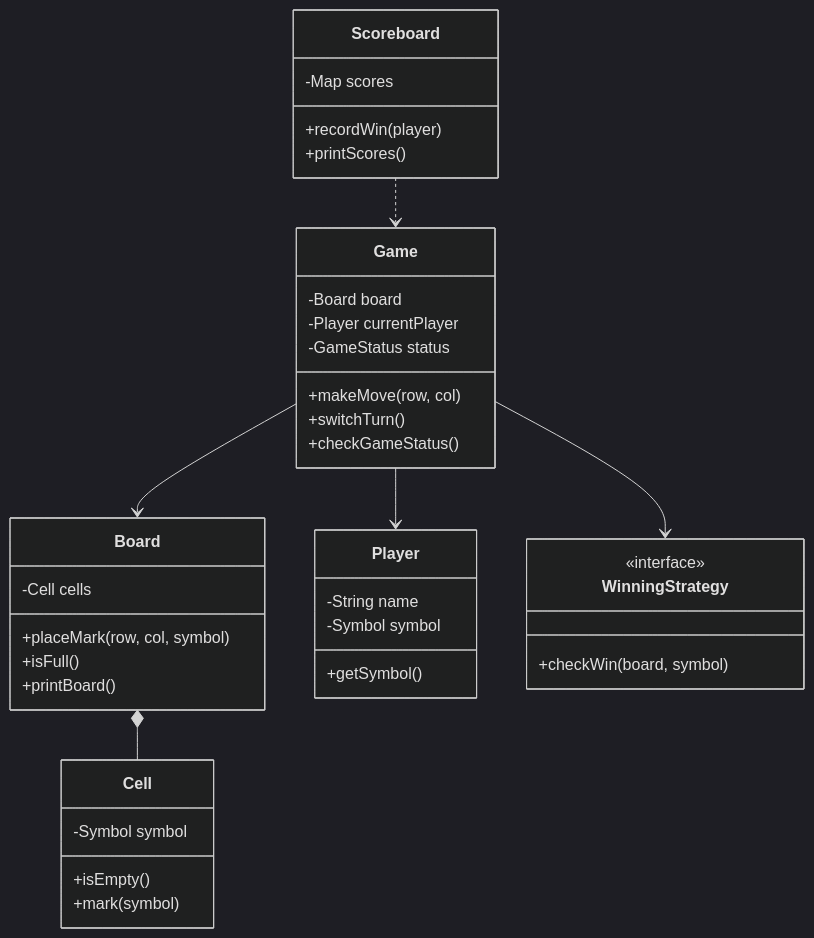
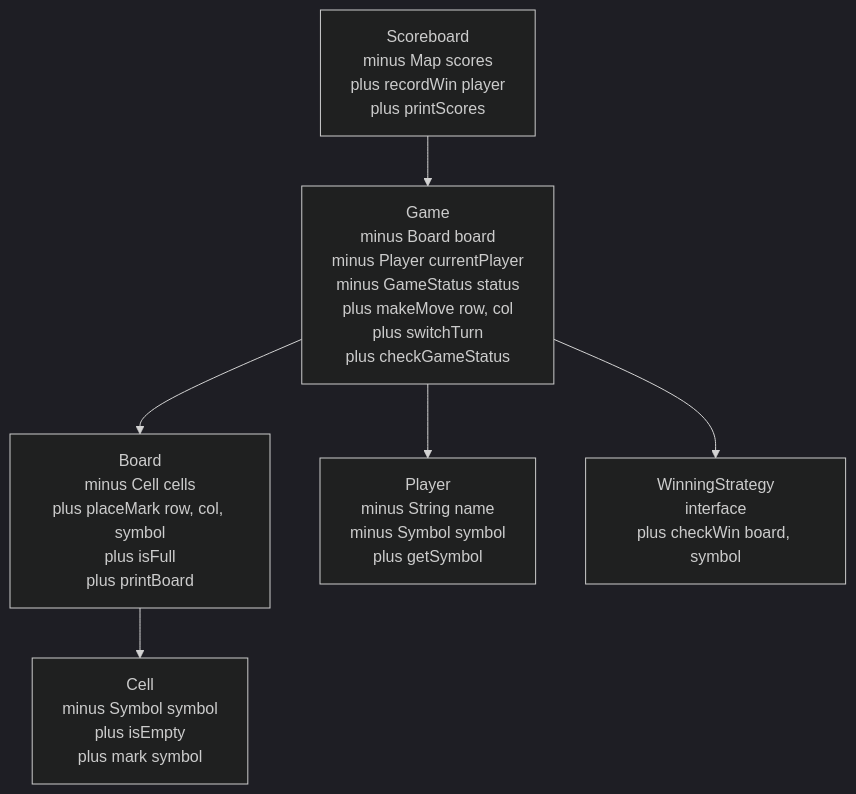
Before and after one commit to mthaiseer/springcloud-systemdesign-notes: the second of 58 diagrams in LLD_NOTES/lld_visual_java_reference_fixed.md, drawn with Mermaid (dark theme). The commit also changed other lines of this file, not shown here.

````diff
--- a/LLD_NOTES/lld_visual_java_reference_fixed.md
+++ b/LLD_NOTES/lld_visual_java_reference_fixed.md
@@ -101,41 +108,14 @@
 ```mermaid
-classDiagram
-  class Game {
-    -Board board
-    -Player currentPlayer
-    -GameStatus status
-    +makeMove(row, col)
-    +switchTurn()
-    +checkGameStatus()
-  }
-  class Board {
-    -Cell cells
-    +placeMark(row, col, symbol)
-    +isFull()
-    +printBoard()
-  }
-  class Cell {
-    -Symbol symbol
-    +isEmpty()
-    +mark(symbol)
-  }
-  class Player {
-    -String name
-    -Symbol symbol
-    +getSymbol()
-  }
-  class WinningStrategy {
-    <<interface>>
-    +checkWin(board, symbol)
-  }
-  class Scoreboard {
-    -Map scores
-    +recordWin(player)
-    +printScores()
-  }
-  Game --> Board
-  Game --> Player
-  Game --> WinningStrategy
-  Board *-- Cell
-  Scoreboard ..> Game
+flowchart TD
+  C1["Game<br/>minus Board board<br/>minus Player currentPlayer<br/>minus GameStatus status<br/>plus makeMove row, col<br/>plus switchTurn<br/>plus checkGameStatus"]
+  C2["Board<br/>minus Cell cells<br/>plus placeMark row, col, symbol<br/>plus isFull<br/>plus printBoard"]
+  C3["Cell<br/>minus Symbol symbol<br/>plus isEmpty<br/>plus mark symbol"]
+  C4["Player<br/>minus String name<br/>minus Symbol symbol<br/>plus getSymbol"]
+  C5["WinningStrategy<br/>interface<br/>plus checkWin board, symbol"]
+  C6["Scoreboard<br/>minus Map scores<br/>plus recordWin player<br/>plus printScores"]
+  C1 --> C2
+  C1 --> C4
+  C1 --> C5
+  C2 --> C3
+  C6 --> C1
 ```
````
